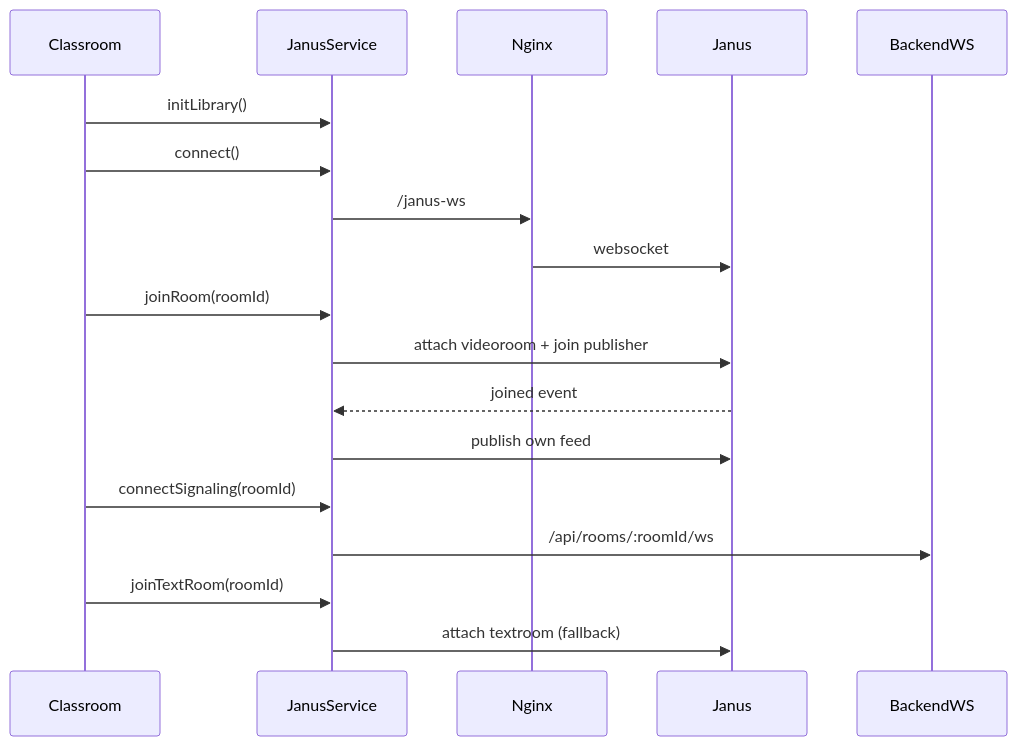
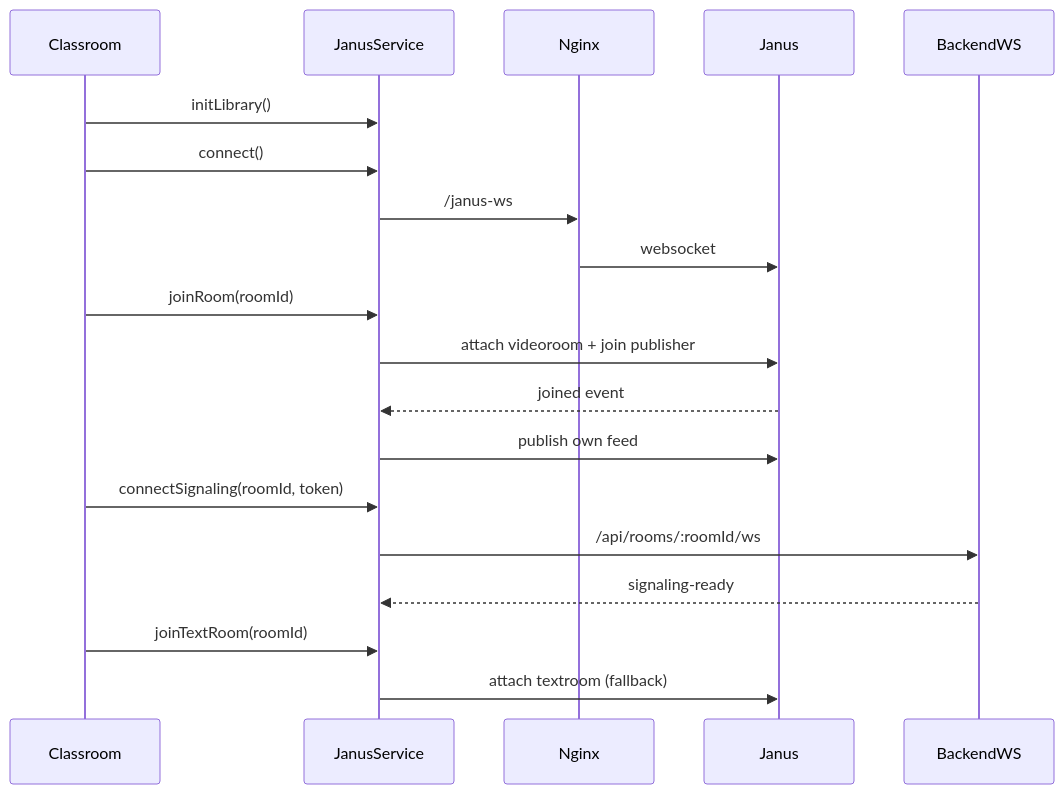
The second of 2 diagrams in docs/FRONTEND_ARCHITECTURE.md (arjak-roy/janus), drawn with Mermaid before and after one commit. The commit also changed other lines of this file and 8 other files, not shown here.

Commit message:
feat: enhance signaling service with token validation and ready handshake; update frontend to manage participant profiles and roles

````diff
--- a/docs/FRONTEND_ARCHITECTURE.md
+++ b/docs/FRONTEND_ARCHITECTURE.md
@@ -58,24 +59,25 @@
 ```mermaid
 sequenceDiagram
   participant Classroom
   participant JanusService
   participant Nginx
   participant Janus
   participant BackendWS
 
   Classroom->>JanusService: initLibrary()
   Classroom->>JanusService: connect()
   JanusService->>Nginx: /janus-ws
   Nginx->>Janus: websocket
 
   Classroom->>JanusService: joinRoom(roomId)
   JanusService->>Janus: attach videoroom + join publisher
   Janus-->>JanusService: joined event
   JanusService->>Janus: publish own feed
 
-  Classroom->>JanusService: connectSignaling(roomId)
+  Classroom->>JanusService: connectSignaling(roomId, token)
   JanusService->>BackendWS: /api/rooms/:roomId/ws
+  BackendWS-->>JanusService: signaling-ready
 
   Classroom->>JanusService: joinTextRoom(roomId)
   JanusService->>Janus: attach textroom (fallback)
 ```
````
